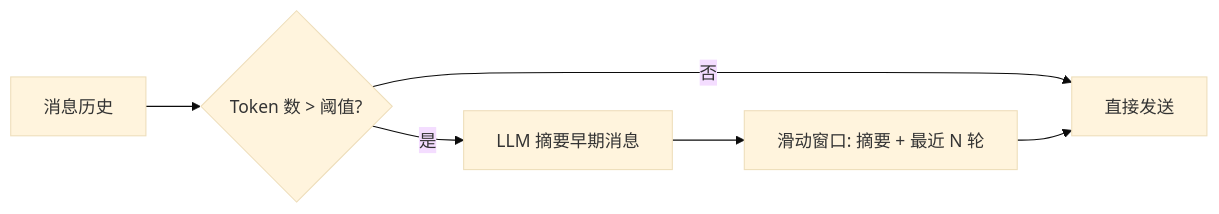
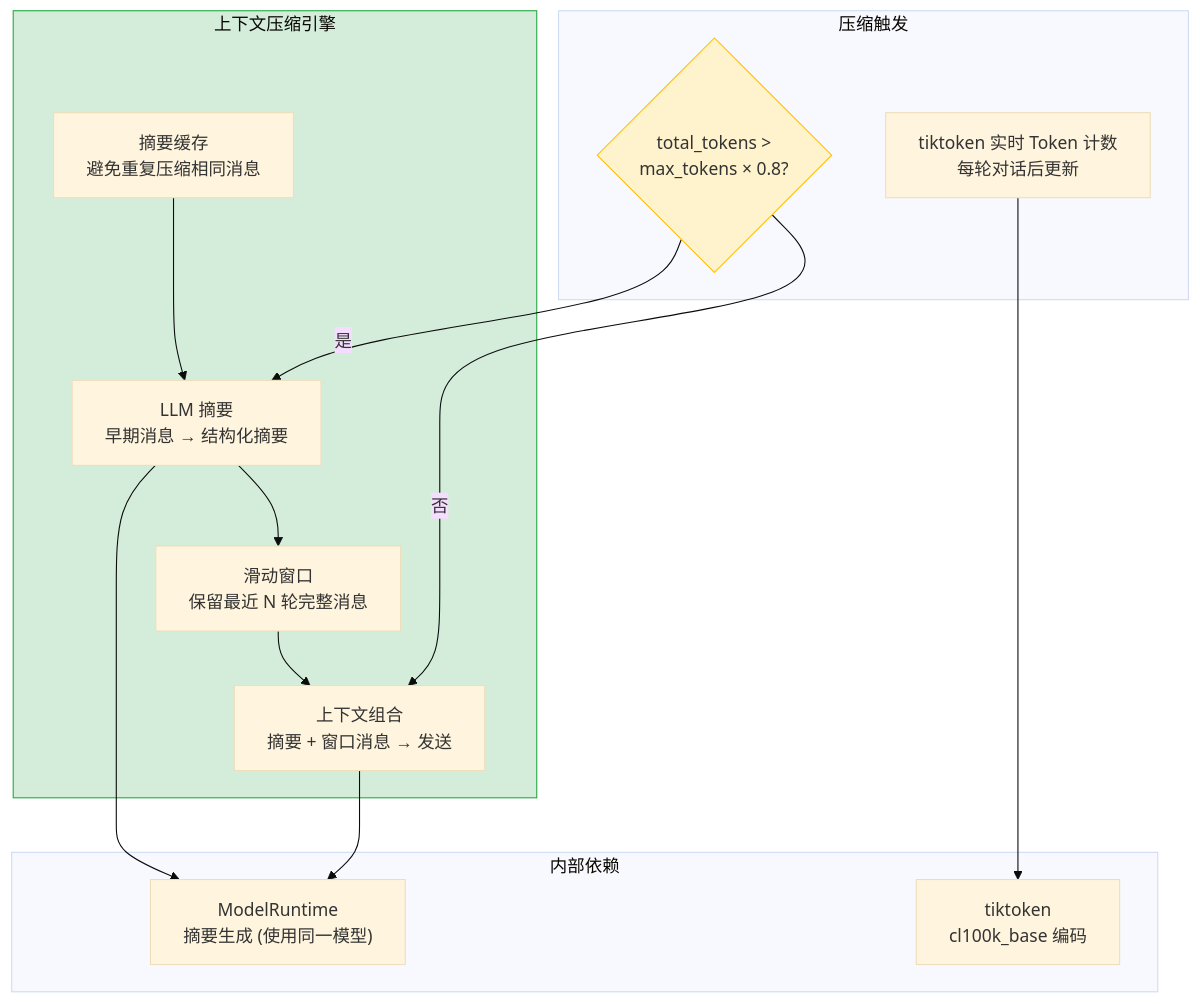
Before and after one commit to effiy/YrY: the diagram in YiKnowledge/projects/yiai/devs/2026-09/13-prd-task-上下文压缩服务.md, drawn with Mermaid (base theme). The commit also changed other lines of this file and 4958 other files, not shown here.

````diff
--- a/YiKnowledge/projects/yiai/devs/2026-09/13-prd-task-上下文压缩服务.md
+++ b/YiKnowledge/projects/yiai/devs/2026-09/13-prd-task-上下文压缩服务.md
@@ -39,8 +35,31 @@
 ```mermaid
-flowchart LR
-  MSG["消息历史"] --> CHECK{"Token 数 > 阈值?"}
-  CHECK -- 否 --> SEND["直接发送"]
-  CHECK -- 是 --> SUMM["LLM 摘要早期消息"]
-  SUMM --> SLIDE["滑动窗口: 摘要 + 最近 N 轮"]
-  SLIDE --> SEND
+graph TD
+  subgraph Trigger["压缩触发"]
+    COUNT["tiktoken 实时 Token 计数<br/>每轮对话后更新"]
+    CHECK{"total_tokens ><br/>max_tokens × 0.8?"}
+  end
+
+  subgraph Compactor["上下文压缩引擎"]
+    SUMMARIZE["LLM 摘要<br/>早期消息 → 结构化摘要"]
+    SLIDE["滑动窗口<br/>保留最近 N 轮完整消息"]
+    COMBINE["上下文组合<br/>摘要 + 窗口消息 → 发送"]
+    CACHE["摘要缓存<br/>避免重复压缩相同消息"]
+  end
+
+  subgraph Internal["内部依赖"]
+    LLM["ModelRuntime<br/>摘要生成 (使用同一模型)"]
+    TOKENIZER["tiktoken<br/>cl100k_base 编码"]
+  end
+
+  CHECK -- 是 --> SUMMARIZE
+  CHECK -- 否 --> COMBINE
+  SUMMARIZE --> SLIDE
+  SLIDE --> COMBINE
+  COMBINE --> LLM
+  COUNT --> TOKENIZER
+  SUMMARIZE --> LLM
+  CACHE --> SUMMARIZE
+
+  style Compactor fill:#d4edda,stroke:#28a745
+  style CHECK fill:#fff3cd,stroke:#ffc107
 ```
````
